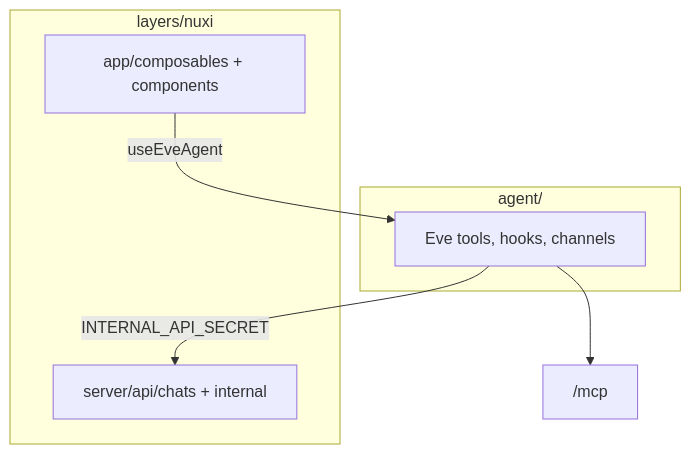
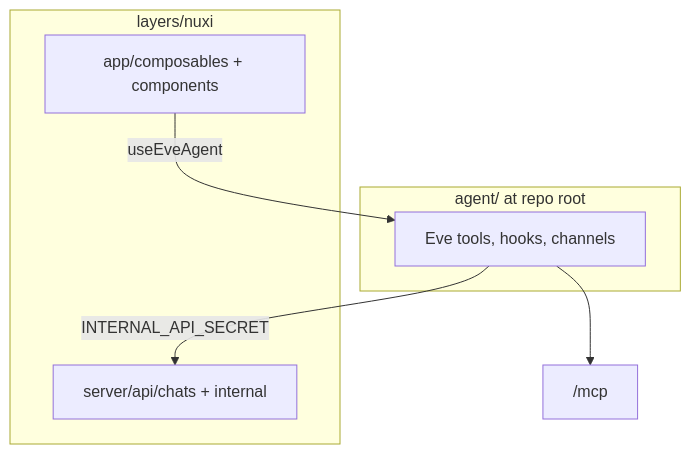
One commit to nuxt/nuxt.com changed the diagram in layers/nuxi/README.md. Above: the diagram before and after it, drawn with Mermaid. The commit also changed other lines of this file and 21 other files, not shown here.

````diff
--- a/layers/nuxi/README.md
+++ b/layers/nuxi/README.md
@@ -7,13 +7,13 @@
 ```mermaid
 flowchart TB
   subgraph layer [layers/nuxi]
     UI["app/composables + components"]
     API["server/api/chats + internal"]
   end
-  subgraph runtime [agent/]
+  subgraph runtime [agent/ at repo root]
     Agent["Eve tools, hooks, channels"]
   end
   UI -->|useEveAgent| Agent
   Agent -->|INTERNAL_API_SECRET| API
   Agent --> MCP["/mcp"]
 ```
````
